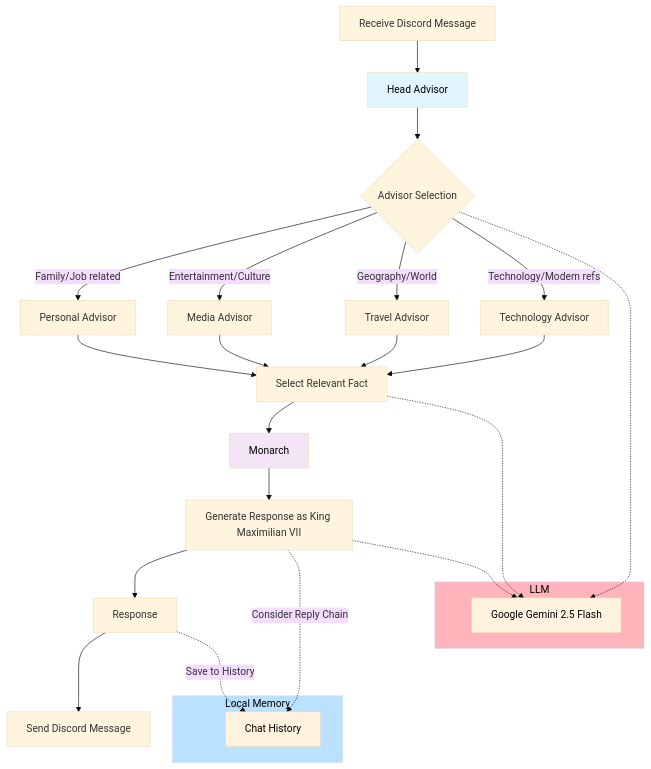
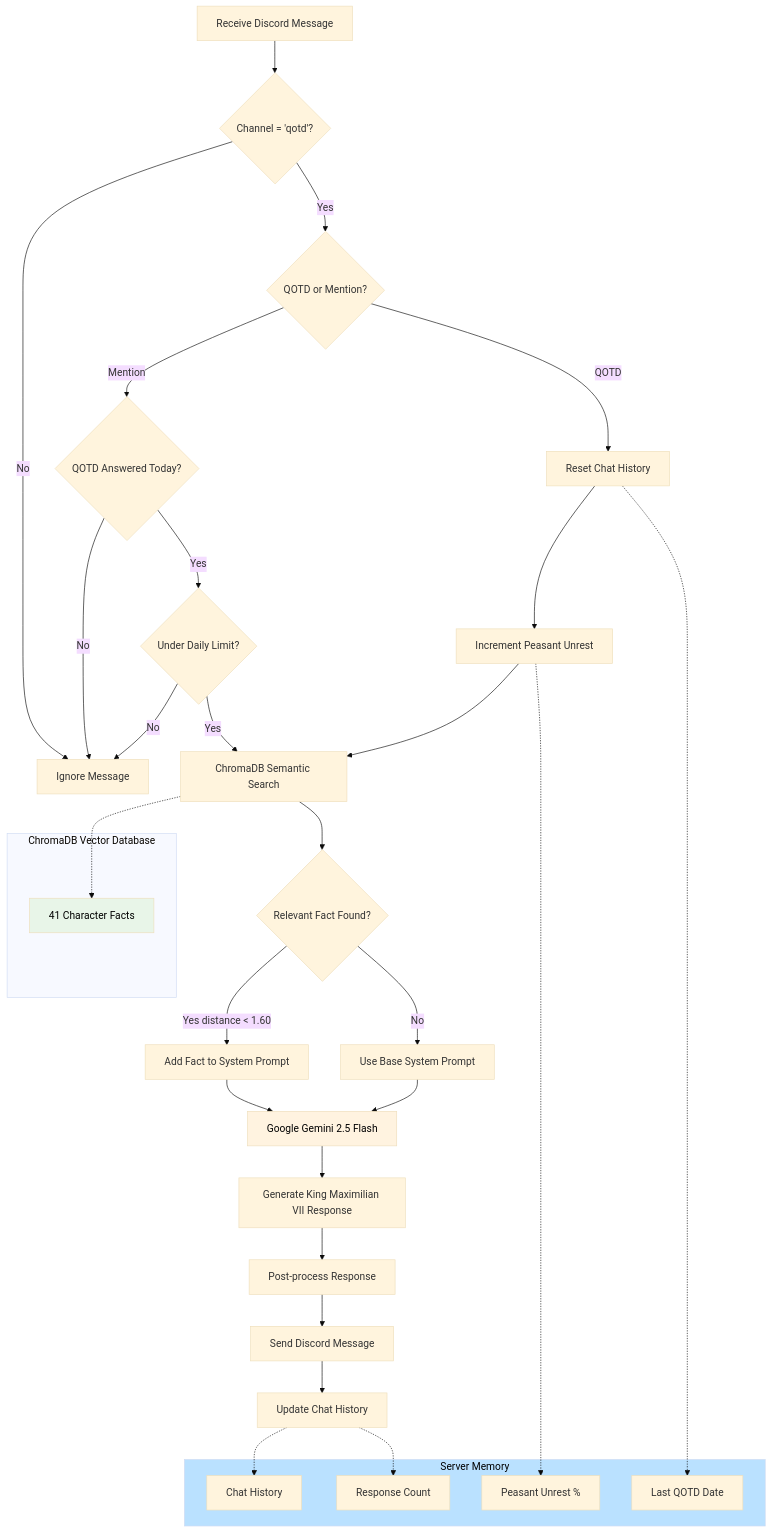
The diagram in README.md (nvdutta/15th-Century-Monarch), drawn with Mermaid (base theme) before and after one commit. The commit also changed other lines of this file and 2 other files, not shown here.

Commit message:
Full Narrative Rework
Add peasant unrest mechanic. Split base prompt into separate writer and character prompts. Added documentation

````diff
--- a/README.md
+++ b/README.md
@@ -51,43 +52,50 @@
 ```mermaid
 graph TD
-    A[Receive Discord Message] --> B[Head Advisor]
-    B --> C{Advisor Selection}
+    A[Receive Discord Message] --> B{Channel = 'qotd'?}
+    B -->|No| Z[Ignore Message]
+    B -->|Yes| C{QOTD or Mention?}
     
-    C -->|Family/Job related| I[Personal Advisor]
-    C -->|Entertainment/Culture| J[Media Advisor]
-    C -->|Geography/World| K[Travel Advisor]
-    C -->|Technology/Modern refs| L[Technology Advisor]
+    C -->|QOTD| D[Reset Chat History]
+    C -->|Mention| E{QOTD Answered Today?}
     
-    I --> M[Select Relevant Fact]
-    J --> M
-    K --> M
-    L --> M
+    E -->|No| Z
+    E -->|Yes| F{Under Daily Limit?}
+    F -->|No| Z
+    F -->|Yes| G[ChromaDB Semantic Search]
     
-    M --> R[Monarch]
-
-    R --> S[Generate Response as King Maximilian VII]
-    S --> Resp[Response]
-    Resp --> T[Send Discord Message]
-    Resp -.->|Save to History| U
+    D --> H[Increment Peasant Unrest]
+    H --> G
     
-    subgraph MM[Local Memory]
-        U[Chat History]
-    end
-
-    S -.-> |Consider Reply Chain| U
+    G --> I{Relevant Fact Found?}
+    I -->|Yes distance < 1.60| J[Add Fact to System Prompt]
+    I -->|No| K[Use Base System Prompt]
     
-    subgraph LLM[LLM]
-        V[Google Gemini 2.5 Flash]
+    J --> L[Google Gemini 2.5 Flash]
+    K --> L
+    
+    L --> M[Generate King Maximilian VII Response]
+    M --> N[Post-process Response]
+    N --> O[Send Discord Message]
+    O --> P[Update Chat History]
+    
+    subgraph ChromaDB[ChromaDB Vector Database]
+        Q[41 Character Facts]
     end
     
-    M -.-> V
-    C -.-> V
-    S -.-> V
+    subgraph Memory[Server Memory]
+        R[Chat History]
+        S[Response Count]
+        T[Peasant Unrest %]
+        U[Last QOTD Date]
+    end
     
-    style B fill:#e1f5fe,color:#000000
-    style R fill:#f3e5f5,color:#000000
-    style V fill:#fff3e0,color:#000000
-    style MM fill:#bae1ff, color:#000000
-    style LLM fill:#ffb3ba, color:#000000
-    style U fill:#fff3e0,color:#000000
+    G -.-> Q
+    P -.-> R
+    P -.-> S
+    H -.-> T
+    D -.-> U
+    
+    style L fill:#fff3e0,color:#000000
+    style Q fill:#e8f5e8,color:#000000
+    style Memory fill:#bae1ff, color:#000000
 ```
````
